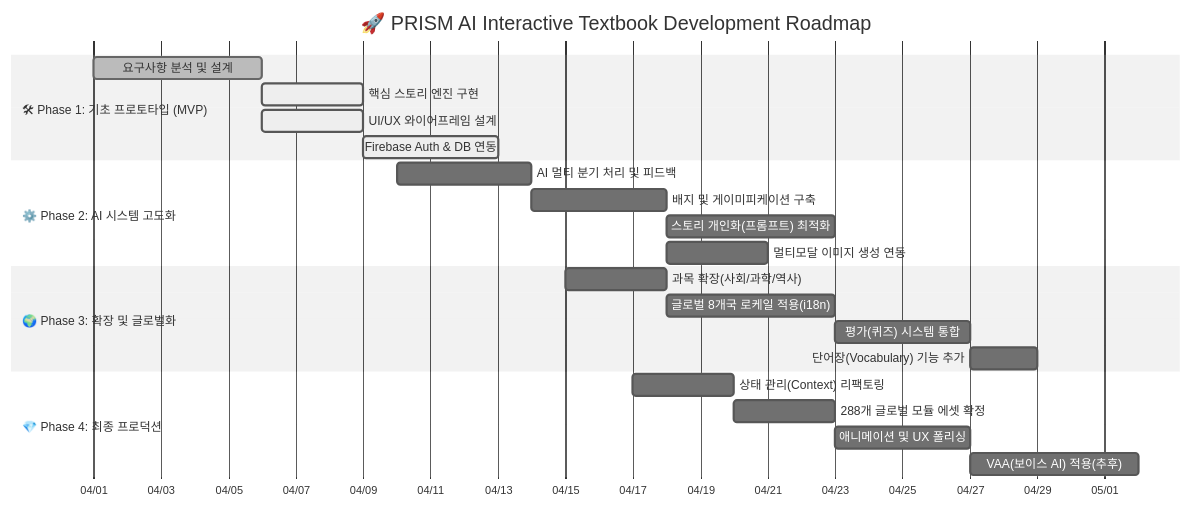
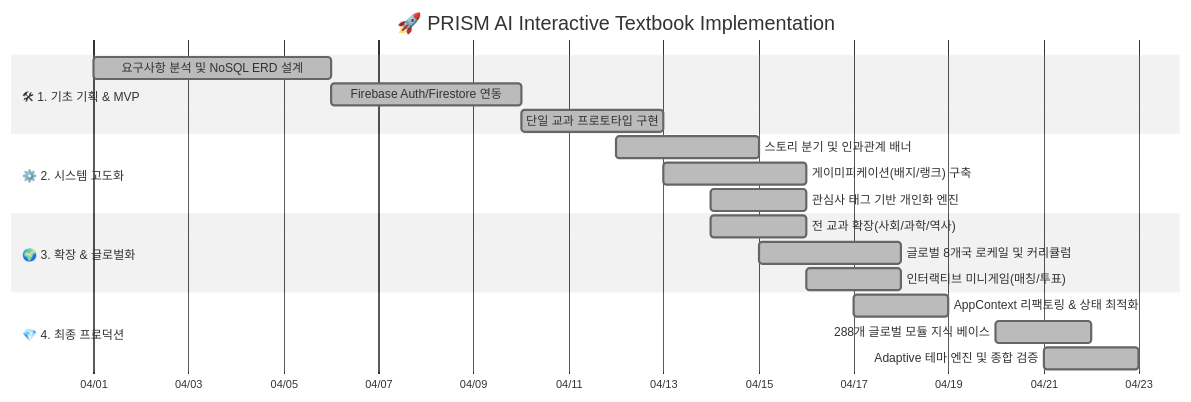
Before and after one commit to ll7098ll/prism: the diagram in docs/01_PROJECT_PROPOSAL.md, drawn with Mermaid (neutral theme). The commit also changed other lines of this file and 25 other files, not shown here.

````diff
--- a/docs/01_PROJECT_PROPOSAL.md
+++ b/docs/01_PROJECT_PROPOSAL.md
@@ -33,30 +57,26 @@
 ```mermaid
 gantt
-    title 🚀 PRISM AI Interactive Textbook Development Roadmap
+    title 🚀 PRISM AI Interactive Textbook Implementation
     dateFormat  YYYY-MM-DD
     axisFormat  %m/%d
     
-    section 🛠 Phase 1: 기초 프로토타입 (MVP)
-    요구사항 분석 및 설계      :done, a1, 2026-04-01, 5d
-    핵심 스토리 엔진 구현      :active, a2, after a1, 3d
-    UI/UX 와이어프레임 설계    :active, a3, after a1, 3d
-    Firebase Auth & DB 연동   :active, a4, after a3, 4d
+    section 🛠 1. 기초 기획 & MVP
+    요구사항 분석 및 NoSQL ERD 설계   :done, a1, 2026-04-01, 5d
+    Firebase Auth/Firestore 연동     :done, a2, 2026-04-06, 4d
+    단일 교과 프로토타입 구현         :done, a3, 2026-04-10, 3d
     
-    section ⚙️ Phase 2: AI 시스템 고도화
-    AI 멀티 분기 처리 및 피드백  :b1, 2026-04-10, 4d
-    배지 및 게이미피케이션 구축  :b2, after b1, 4d
-    스토리 개인화(프롬프트) 최적화 :b3, after b2, 5d
-    멀티모달 이미지 생성 연동    :b4, after b2, 3d
+    section ⚙️ 2. 시스템 고도화
+    스토리 분기 및 인과관계 배너     :done, b1, 2026-04-12, 3d
+    게이미피케이션(배지/랭크) 구축   :done, b2, 2026-04-13, 3d
+    관심사 태그 기반 개인화 엔진      :done, b3, 2026-04-14, 2d
     
-    section 🌍 Phase 3: 확장 및 글로벌화
-    과목 확장(사회/과학/역사)    :c1, 2026-04-15, 3d
-    글로벌 8개국 로케일 적용(i18n):c2, after c1, 5d
-    평가(퀴즈) 시스템 통합     :c3, after c2, 4d
-    단어장(Vocabulary) 기능 추가:c4, after c3, 2d
+    section 🌍 3. 확장 & 글로벌화
+    전 교과 확장(사회/과학/역사)     :done, c1, 2026-04-14, 2d
+    글로벌 8개국 로케일 및 커리큘럼   :done, c2, 2026-04-15, 3d
+    인터랙티브 미니게임(매칭/투표)   :done, c3, 2026-04-16, 2d
     
-    section 💎 Phase 4: 최종 프로덕션
-    상태 관리(Context) 리팩토링  :d1, 2026-04-17, 3d
-    288개 글로벌 모듈 에셋 확정  :d2, 2026-04-20, 3d
-    애니메이션 및 UX 폴리싱      :d3, after d2, 4d
-    VAA(보이스 AI) 적용(추후)   :d4, after d3, 5d
+    section 💎 4. 최종 프로덕션
+    AppContext 리팩토링 & 상태 최적화:done, d1, 2026-04-17, 2d
+    288개 글로벌 모듈 지식 베이스     :done, d2, 2026-04-20, 2d
+    Adaptive 테마 엔진 및 종합 검증  :done, d3, 2026-04-21, 2d
 ```
````
